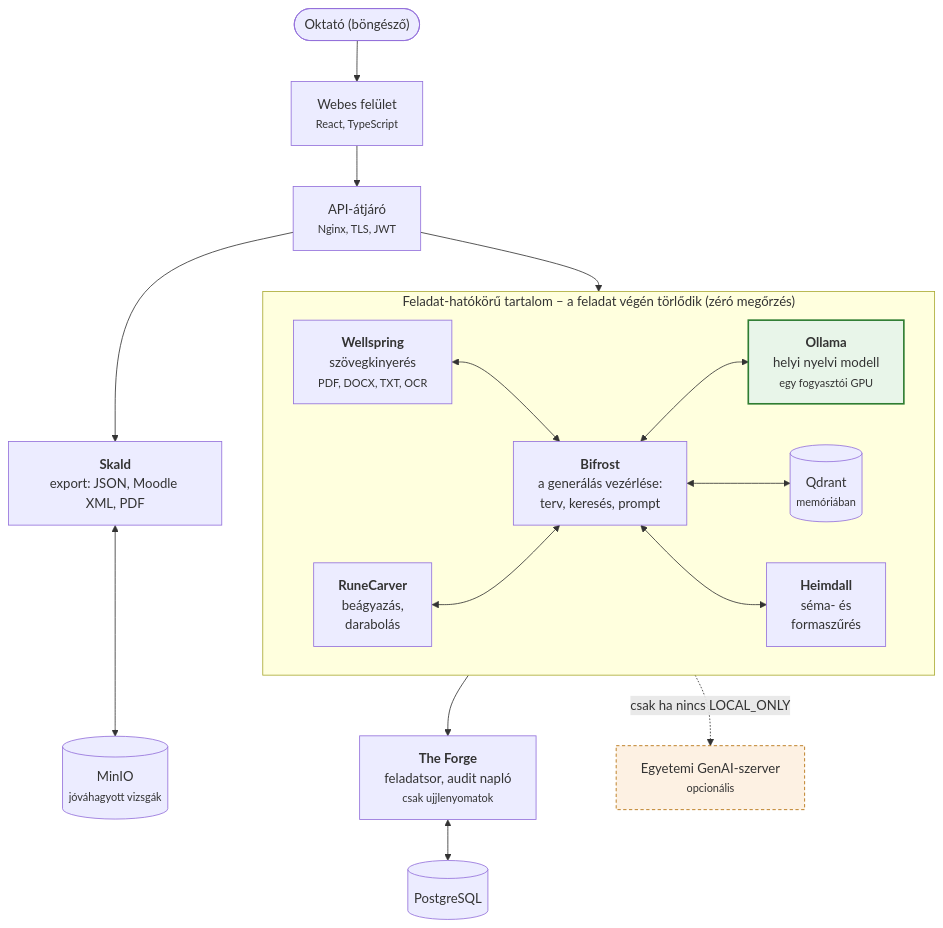
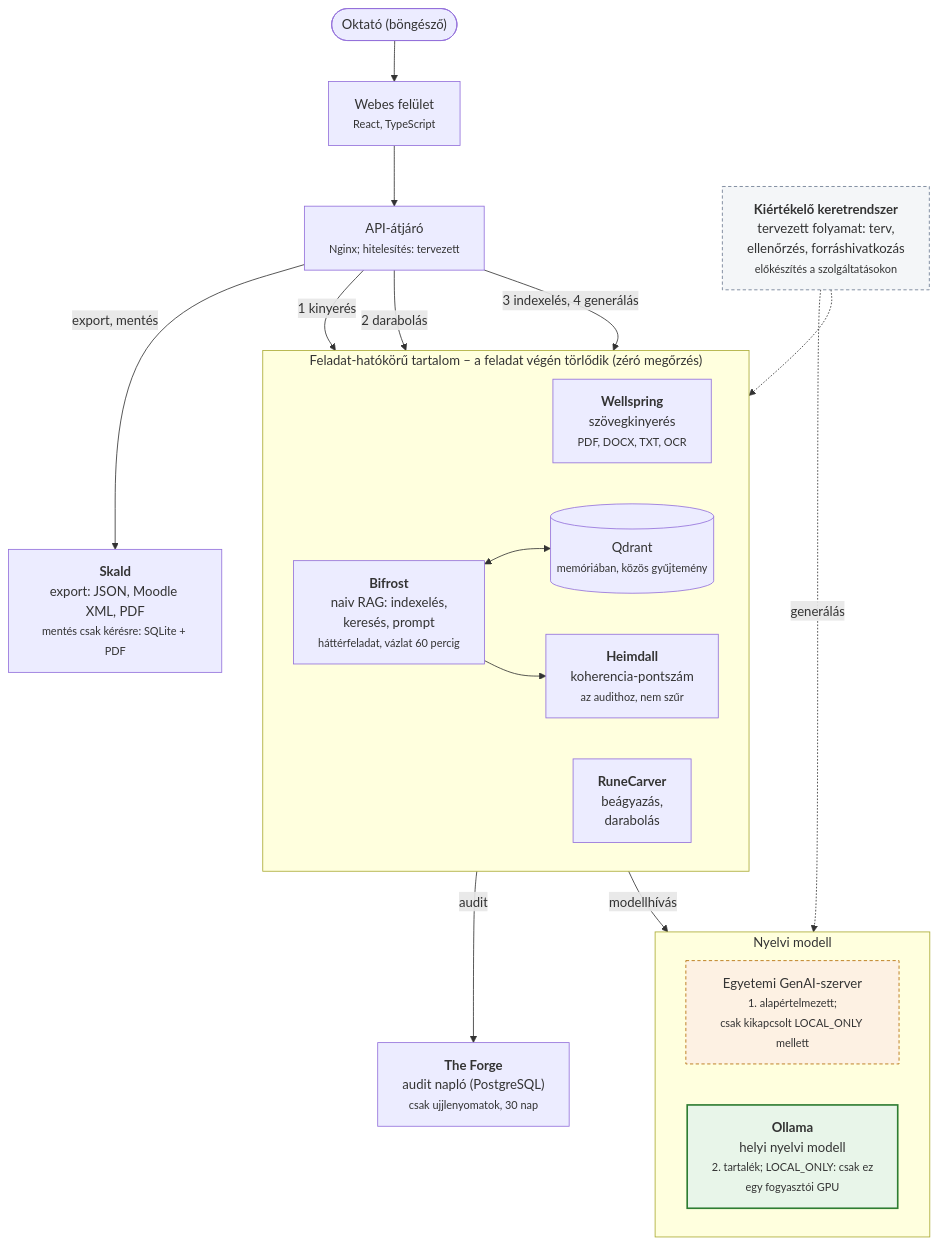
Before and after one commit to Deatron01/Project-Mimir: the diagram in tdk/diagrams/d1_architektura.mmd, drawn with Mermaid. The commit also changed 19 other files, not shown here.

```diff
--- a/tdk/diagrams/d1_architektura.mmd
+++ b/tdk/diagrams/d1_architektura.mmd
@@ -1,28 +1,37 @@
 flowchart TB
-  oktato(["Oktató (böngésző)"]) --> fe["Webes felület<br/><small>React, TypeScript</small>"] --> gw["API-átjáró<br/><small>Nginx, TLS, JWT</small>"]
-  gw --> bif
-  gw --> skald
+  oktato(["Oktató (böngésző)"]) --> fe["Webes felület<br/><small>React, TypeScript</small>"] --> gw["API-átjáró<br/><small>Nginx; hitelesítés: tervezett</small>"]
+  gw -- "1 kinyerés" --> well
+  gw -- "2 darabolás" --> rune
+  gw -- "3 indexelés, 4 generálás" --> bif
+  gw -- "export, mentés" --> skald
 
   subgraph job["Feladat-hatókörű tartalom – a feladat végén törlődik (zéró megőrzés)"]
     direction LR
     well["<b>Wellspring</b><br/>szövegkinyerés<br/><small>PDF, DOCX, TXT, OCR</small>"]
     rune["<b>RuneCarver</b><br/>beágyazás,<br/>darabolás"]
-    bif["<b>Bifrost</b><br/>a generálás vezérlése:<br/>terv, keresés, prompt"]
-    oll["<b>Ollama</b><br/>helyi nyelvi modell<br/><small>egy fogyasztói GPU</small>"]
-    qd[("Qdrant<br/><small>memóriában</small>")]
-    heim["<b>Heimdall</b><br/>séma- és<br/>formaszűrés"]
-    well <--> bif
-    rune <--> bif
-    bif <--> oll
+    bif["<b>Bifrost</b><br/>naiv RAG: indexelés,<br/>keresés, prompt<br/><small>háttérfeladat, vázlat 60 percig</small>"]
+    qd[("Qdrant<br/><small>memóriában, közös gyűjtemény</small>")]
+    heim["<b>Heimdall</b><br/>koherencia-pontszám<br/><small>az audithoz, nem szűr</small>"]
     bif <--> qd
-    bif <--> heim
+    bif --> heim
   end
 
-  bif --> forge["<b>The Forge</b><br/>feladatsor, audit napló<br/><small>csak ujjlenyomatok</small>"] <--> pg[("PostgreSQL")]
-  skald["<b>Skald</b><br/>export: JSON, Moodle XML, PDF"] <--> minio[("MinIO<br/><small>jóváhagyott vizsgák</small>")]
-  bif -. "csak ha nincs LOCAL_ONLY" .-> genai["Egyetemi GenAI-szerver<br/><small>opcionális</small>"]
+  bif -- "audit" --> forge["<b>The Forge</b><br/>audit napló (PostgreSQL)<br/><small>csak ujjlenyomatok, 30 nap</small>"]
+  subgraph llm["Nyelvi modell"]
+    direction LR
+    genai["Egyetemi GenAI-szerver<br/><small>1. alapértelmezett;<br/>csak kikapcsolt LOCAL_ONLY mellett</small>"]
+    oll["<b>Ollama</b><br/>helyi nyelvi modell<br/><small>2. tartalék; LOCAL_ONLY: csak ez<br/>egy fogyasztói GPU</small>"]
+  end
+  bif -- "modellhívás" --> llm
+  skald["<b>Skald</b><br/>export: JSON, Moodle XML, PDF<br/><small>mentés csak kérésre: SQLite + PDF</small>"]
+
+  eval["<b>Kiértékelő keretrendszer</b><br/>tervezett folyamat: terv,<br/>ellenőrzés, forráshivatkozás<br/><small>előkészítés a szolgáltatásokon</small>"]
+  eval -.-> bif
+  eval -. "generálás" .-> llm
 
   classDef gpu fill:#e8f5e9,stroke:#2e7d32,stroke-width:2px;
   classDef ext fill:#fdf1e3,stroke:#b26a00,stroke-dasharray:4 3;
+  classDef plan fill:#f4f6f8,stroke:#6b7a90,stroke-dasharray:4 3;
   class oll gpu;
   class genai ext;
+  class eval plan;
```
